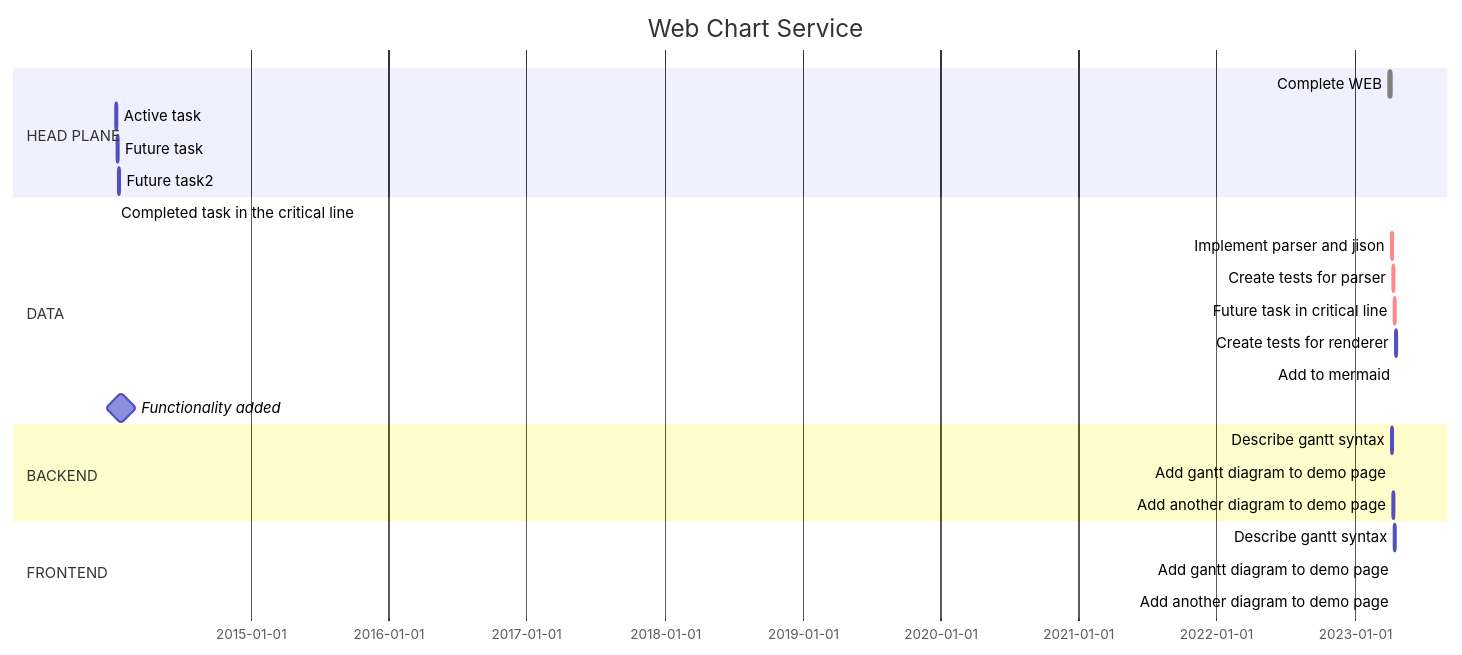
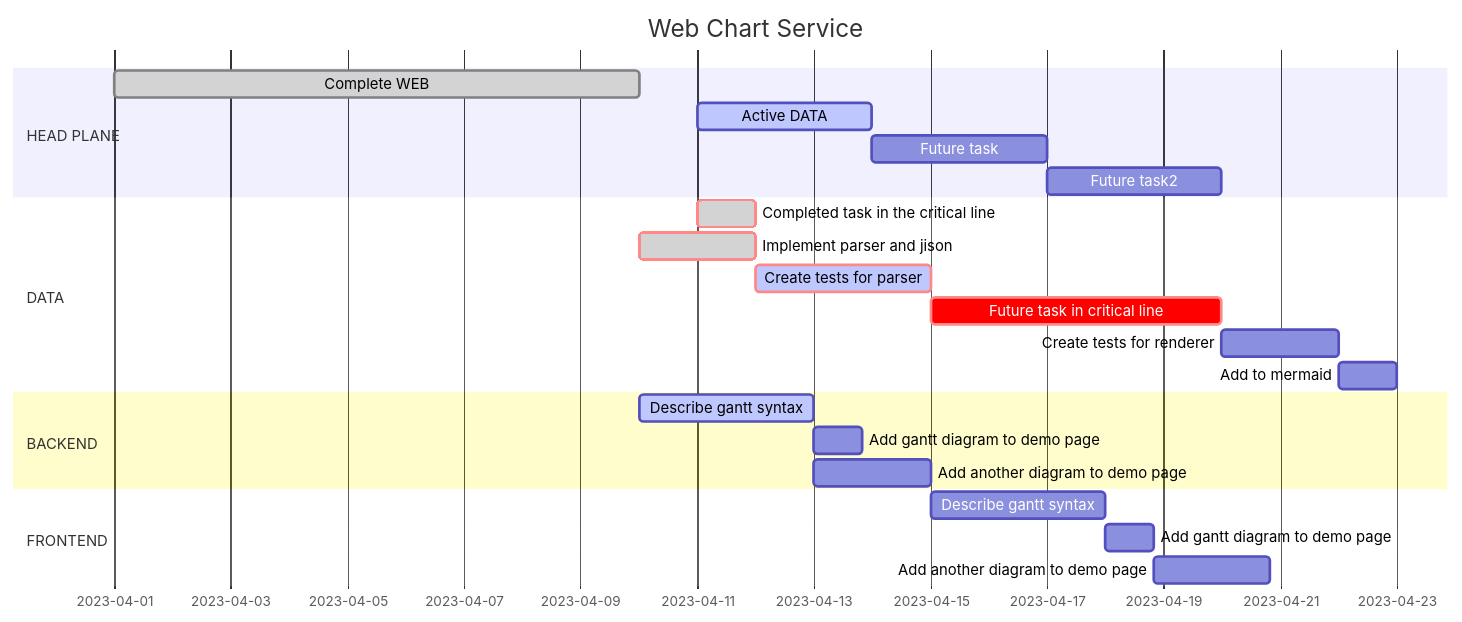
One commit to merucode/merucode.github.io changed the second of 2 diagrams in docs/menu8-project/menu8-sub1-web/menu8-sub1-sub1-design.md. Above: the diagram before and after it, drawn with Mermaid. The commit also changed 1 other file, not shown here.

````diff
--- a/docs/menu8-project/menu8-sub1-web/menu8-sub1-sub1-design.md
+++ b/docs/menu8-project/menu8-sub1-web/menu8-sub1-sub1-design.md
@@ -46,30 +46,29 @@
 ```mermaid
 gantt
     dateFormat  YYYY-MM-DD
     title       Web Chart Service
 
     section HEAD PLANE
     Complete WEB              :done,    des1, 2023-04-01,2023-04-10
-    Active task               :active,  des2, 2014-01-09, 3d
-    Future task               :         des3, after des2, 5d
-    Future task2              :         des4, after des3, 5d
+    Active DATA               :active,  des2, 2023-04-11, 3d
+    Future task               :         des3, after des2, 3d
+    Future task2              :         des4, after des3, 3d
 
     section DATA
-    Completed task in the critical line :crit, done, 2014-01-06,24h
+    Completed task in the critical line :crit, done, 2023-04-11,24h
     Implement parser and jison          :crit, done, after des1, 2d
     Create tests for parser             :crit, active, 3d
     Future task in critical line        :crit, 5d
     Create tests for renderer           :2d
     Add to mermaid                      :1d
-    Functionality added                 :milestone, 2014-01-25, 0d
-
+    
     section BACKEND
     Describe gantt syntax               :active, a1, after des1, 3d
     Add gantt diagram to demo page      :after a1  , 20h
     Add another diagram to demo page    :doc1, after a1  , 48h
 
     section FRONTEND
     Describe gantt syntax               :after doc1, 3d
     Add gantt diagram to demo page      :20h
     Add another diagram to demo page    :48h
 ```
````
